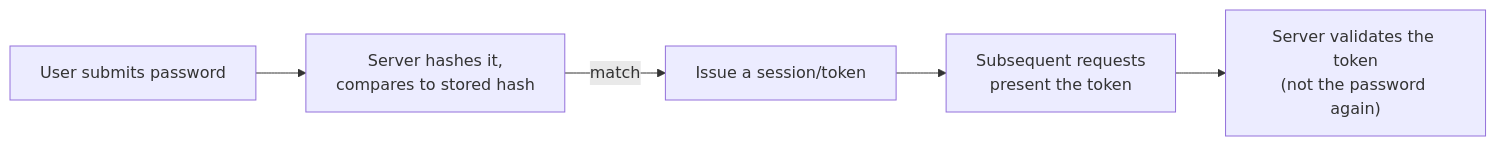
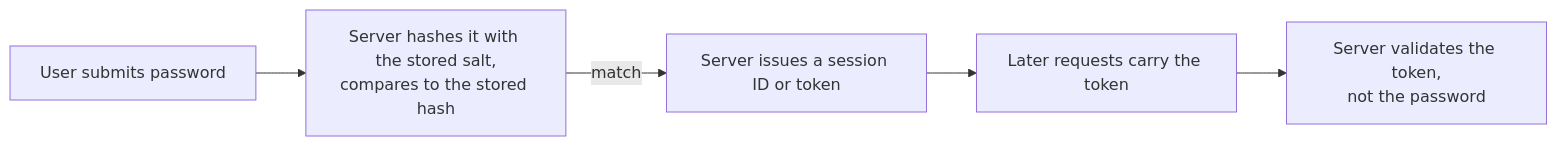
Before and after one commit to francoandreDev/knowledge: the first of 2 diagrams in src/content/security/authentication-fundamentals/L2-concept.mdx, drawn with Mermaid. The commit also changed other lines of this file and 3 other files, not shown here.

````diff
--- a/src/content/security/authentication-fundamentals/L2-concept.mdx
+++ b/src/content/security/authentication-fundamentals/L2-concept.mdx
@@ -23,7 +29,7 @@
 ```mermaid
 flowchart LR
-    Login["User submits password"] --> Verify["Server hashes it,\ncompares to stored hash"]
-    Verify -- "match" --> Issue["Issue a session/token"]
-    Issue --> Request["Subsequent requests\npresent the token"]
-    Request --> Check["Server validates the token\n(not the password again)"]
+    Login["User submits password"] --> Verify["Server hashes it with the stored salt,\ncompares to the stored hash"]
+    Verify -- "match" --> Issue["Server issues a session ID or token"]
+    Issue --> Request["Later requests carry the token"]
+    Request --> Check["Server validates the token,\nnot the password"]
 ```
````
